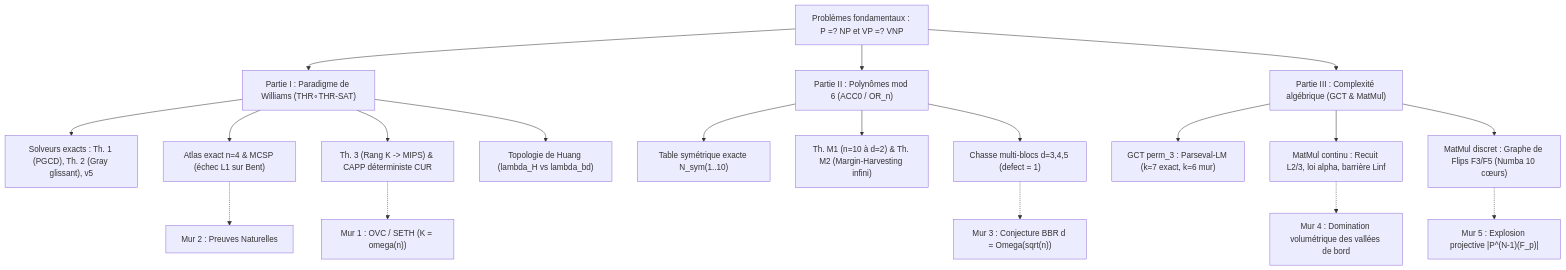
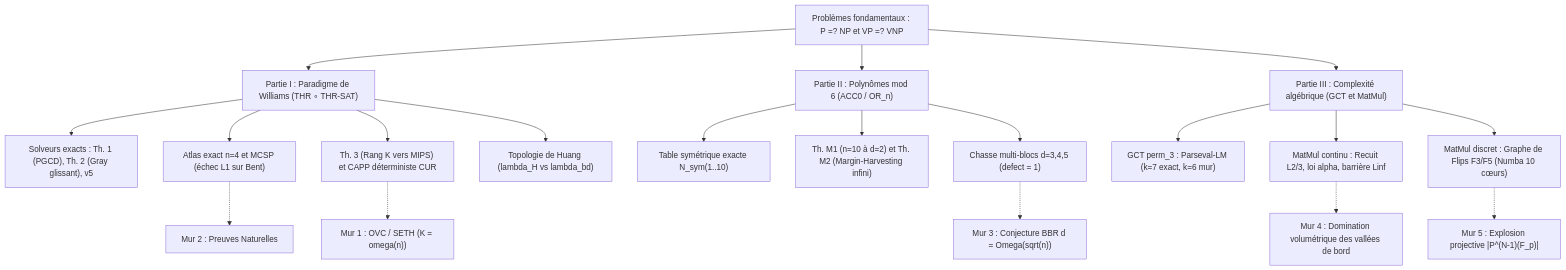
One commit to Axel-Bouchery/P-NP changed the diagram in CONSTATS.md. Above: the diagram before and after it, drawn with Mermaid. The commit also changed other lines of this file, not shown here.

````diff
--- a/CONSTATS.md
+++ b/CONSTATS.md
@@ -58,25 +58,25 @@
 ```mermaid
 flowchart TD
     Root["Problèmes fondamentaux : P =? NP et VP =? VNP"]
-    Root --> Arc1["Partie I : Paradigme de Williams (THR∘THR-SAT)"]
+    Root --> Arc1["Partie I : Paradigme de Williams (THR ∘ THR-SAT)"]
     Root --> Arc2["Partie II : Polynômes mod 6 (ACC0 / OR_n)"]
-    Root --> Arc3["Partie III : Complexité algébrique (GCT & MatMul)"]
+    Root --> Arc3["Partie III : Complexité algébrique (GCT et MatMul)"]
 
     Arc1 --> A1a["Solveurs exacts : Th. 1 (PGCD), Th. 2 (Gray glissant), v5"]
-    Arc1 --> A1b["Atlas exact n=4 & MCSP (échec L1 sur Bent)"]
-    Arc1 --> A1c["Th. 3 (Rang K -> MIPS) & CAPP déterministe CUR"]
+    Arc1 --> A1b["Atlas exact n=4 et MCSP (échec L1 sur Bent)"]
+    Arc1 --> A1c["Th. 3 (Rang K vers MIPS) et CAPP déterministe CUR"]
     Arc1 --> A1d["Topologie de Huang (lambda_H vs lambda_bd)"]
     A1c -.-> M1["Mur 1 : OVC / SETH (K = omega(n))"]
     A1b -.-> M2["Mur 2 : Preuves Naturelles"]
 
     Arc2 --> A2a["Table symétrique exacte N_sym(1..10)"]
-    Arc2 --> A2b["Th. M1 (n=10 à d=2) & Th. M2 (Margin-Harvesting infini)"]
+    Arc2 --> A2b["Th. M1 (n=10 à d=2) et Th. M2 (Margin-Harvesting infini)"]
     Arc2 --> A2c["Chasse multi-blocs d=3,4,5 (defect = 1)"]
     A2c -.-> M3["Mur 3 : Conjecture BBR d = Omega(sqrt(n))"]
 
     Arc3 --> A3a["GCT perm_3 : Parseval-LM (k=7 exact, k=6 mur)"]
     Arc3 --> A3b["MatMul continu : Recuit L2/3, loi alpha, barrière Linf"]
     Arc3 --> A3c["MatMul discret : Graphe de Flips F3/F5 (Numba 10 cœurs)"]
     A3b -.-> M4["Mur 4 : Domination volumétrique des vallées de bord"]
     A3c -.-> M5["Mur 5 : Explosion projective |P^(N-1)(F_p)|"]
 ```
````
